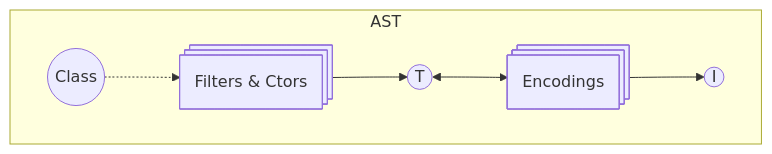
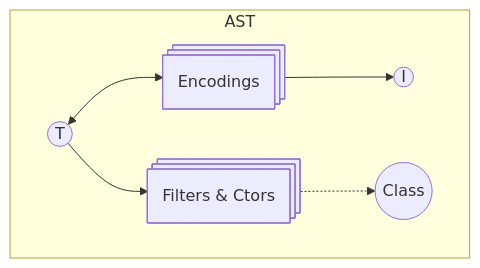
The first of 2 diagrams in SCHEMA.md (Effect-TS/effect-smol), drawn with Mermaid before and after one commit. The commit also changed other lines of this file, not shown here.

Commit message:
add diagram

````diff
--- a/SCHEMA.md
+++ b/SCHEMA.md
@@ -5,9 +5,14 @@
 ```mermaid
 flowchart TD
   subgraph AST
-    C@{ shape: procs, label: "Filters & Ctors"} --> A@{ shape: circle, label: "T" }
-    A <--> B@{ shape: procs, label: "Encodings"}
-    B --> D@{ shape: circle, label: "I" }
-    E@{ shape: circle, label: "Class" } .-> C
+    C@{ shape: procs, label: "Filters & Ctors"}
+    A@{ shape: circle, label: "T" }
+    B@{ shape: procs, label: "Encodings"}
+    D@{ shape: circle, label: "I" }
+    E@{ shape: circle, label: "Class" }
+    A --> C
+    A <--> B
+    B --> D
+    C .-> E
   end
 ```
````
